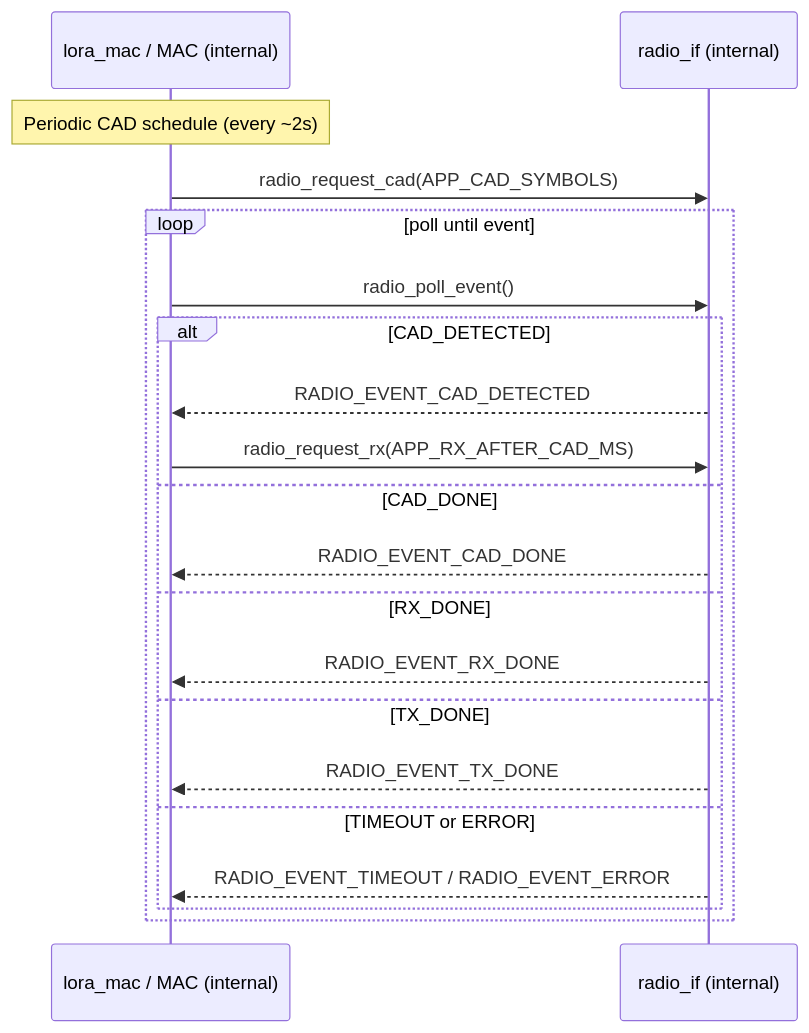
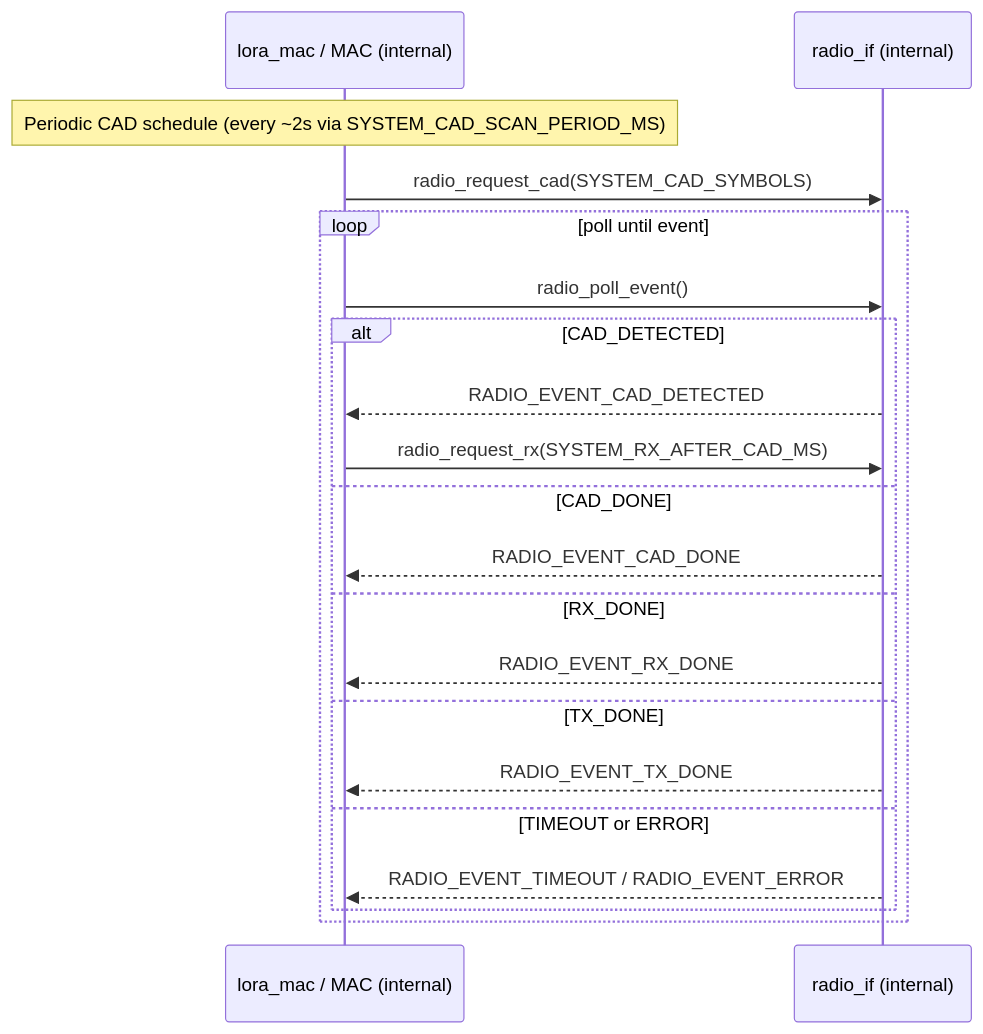
One commit to vuvantruong120896/emic_lora_protocol changed the fifth of 10 diagrams in EMIC_LORA_PROTOCOL/docs/layer_call_flow.md. Above: the diagram before and after it, drawn with Mermaid. The commit also changed other lines of this file and 41 other files, not shown here.

````diff
--- a/EMIC_LORA_PROTOCOL/docs/layer_call_flow.md
+++ b/EMIC_LORA_PROTOCOL/docs/layer_call_flow.md
@@ -196,24 +274,24 @@
 ```mermaid
 sequenceDiagram
   participant MAC as lora_mac / MAC (internal)
   participant RADIO as radio_if (internal)
 
-  Note over MAC: Periodic CAD schedule (every ~2s)
-  MAC->>RADIO: radio_request_cad(APP_CAD_SYMBOLS)
+  Note over MAC: Periodic CAD schedule (every ~2s via SYSTEM_CAD_SCAN_PERIOD_MS)
+  MAC->>RADIO: radio_request_cad(SYSTEM_CAD_SYMBOLS)
 
   loop poll until event
     MAC->>RADIO: radio_poll_event()
     alt CAD_DETECTED
       RADIO-->>MAC: RADIO_EVENT_CAD_DETECTED
-      MAC->>RADIO: radio_request_rx(APP_RX_AFTER_CAD_MS)
+      MAC->>RADIO: radio_request_rx(SYSTEM_RX_AFTER_CAD_MS)
     else CAD_DONE
       RADIO-->>MAC: RADIO_EVENT_CAD_DONE
     else RX_DONE
       RADIO-->>MAC: RADIO_EVENT_RX_DONE
     else TX_DONE
       RADIO-->>MAC: RADIO_EVENT_TX_DONE
     else TIMEOUT or ERROR
       RADIO-->>MAC: RADIO_EVENT_TIMEOUT / RADIO_EVENT_ERROR
     end
   end
 ```
````
